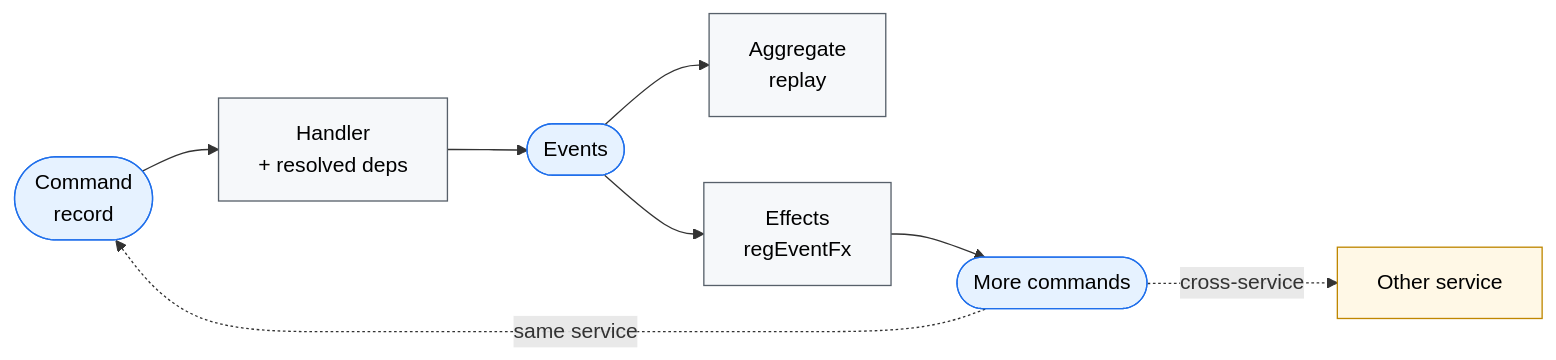
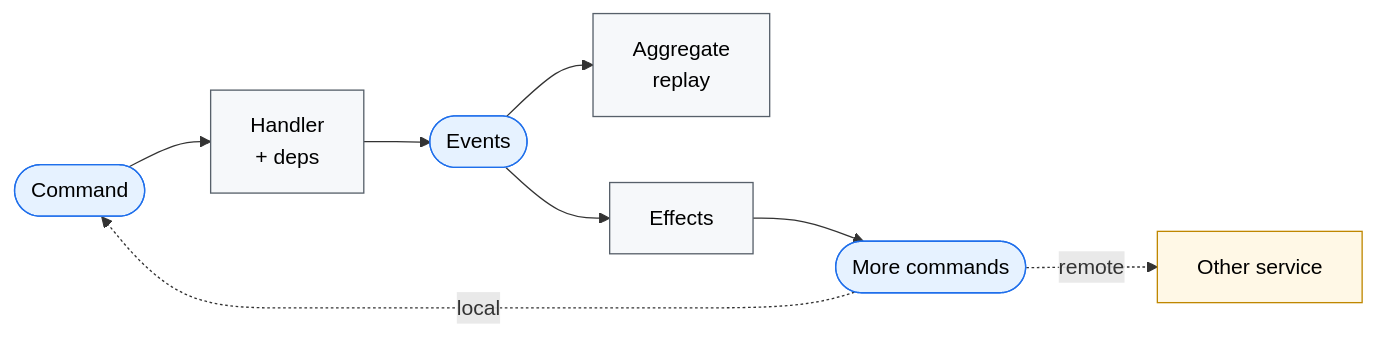
Before and after one commit to alpha-prosoft/edd-java: the first of 4 diagrams in README.md, drawn with Mermaid. The commit also changed other lines of this file and 4 other files, not shown here.

````diff
--- a/README.md
+++ b/README.md
@@ -7,25 +7,24 @@
 ```mermaid
 flowchart LR
-    Cmd([Command<br/>record])
-    H[Handler<br/>+ resolved deps]
+    Cmd([Command])
+    H[Handler<br/>+ deps]
     Evt([Events])
     Agg[Aggregate<br/>replay]
-    FX[Effects<br/>regEventFx]
+    FX[Effects]
     Cmd2([More commands])
     Other[Other service]
 
-    Cmd --> H
-    H --> Evt
+    Cmd --> H --> Evt
     Evt --> Agg
     Evt --> FX
     FX --> Cmd2
-    Cmd2 -. same service .-> Cmd
-    Cmd2 -. cross-service .-> Other
+    Cmd2 -. local .-> Cmd
+    Cmd2 -. remote .-> Other
 
     classDef record fill:#e6f2ff,stroke:#1f6feb,color:#000
     classDef logic fill:#f6f8fa,stroke:#57606a,color:#000
     classDef ext fill:#fff8e6,stroke:#bf8700,color:#000
     class Cmd,Evt,Cmd2 record
     class H,Agg,FX logic
     class Other ext
 ```
````
